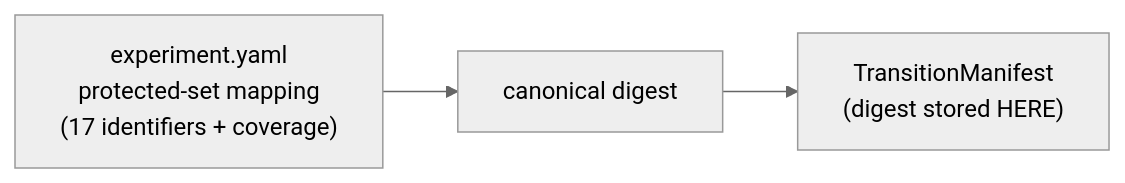
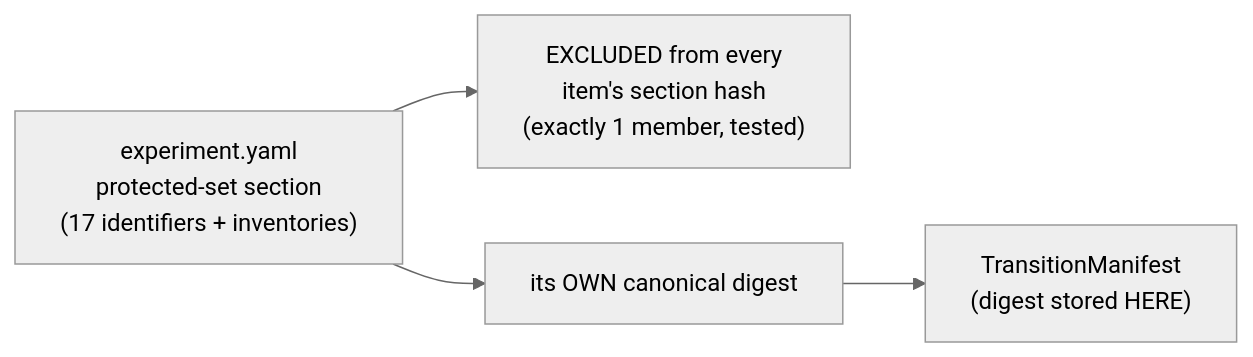
The second of 4 diagrams in aidlc/spaces/default/intents/260813-tec-hourly-forecast/construction/governance-guards/functional-design/business-logic-model.md (Kimrza/Thesis_toshkari), drawn with Mermaid (neutral theme) before and after one commit. The commit also changed other lines of this file and 23 other files, not shown here.

````diff
--- a/aidlc/spaces/default/intents/260813-tec-hourly-forecast/construction/governance-guards/functional-design/business-logic-model.md
+++ b/aidlc/spaces/default/intents/260813-tec-hourly-forecast/construction/governance-guards/functional-design/business-logic-model.md
@@ -296,7 +403,9 @@
 ```mermaid
 graph LR
-  S["experiment.yaml<br/>protected-set mapping<br/>(17 identifiers + coverage)"]
-  D["canonical digest"]
+  S["experiment.yaml<br/>protected-set section<br/>(17 identifiers + inventories)"]
+  E["EXCLUDED from every<br/>item's section hash<br/>(exactly 1 member, tested)"]
+  D["its OWN canonical digest"]
   M["TransitionManifest<br/>(digest stored HERE)"]
+  S --> E
   S --> D --> M
 ```
````
